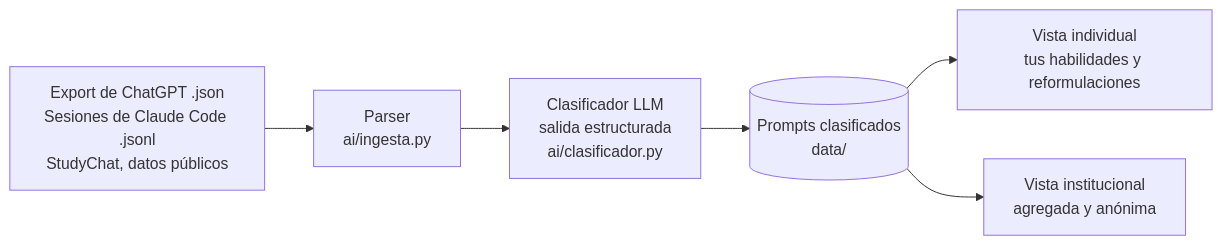
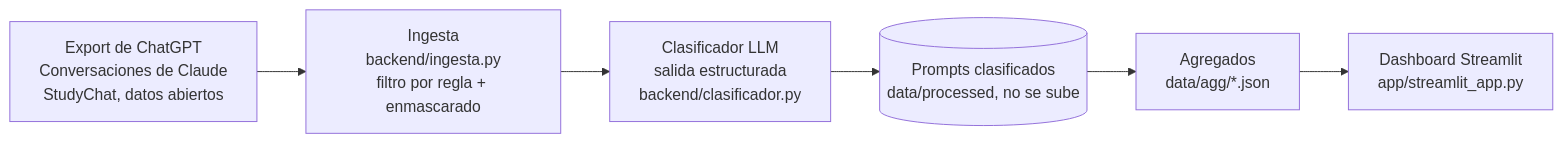
Before and after one commit to brisacruz22/tanIA: the diagram in README.md, drawn with Mermaid. The commit also changed other lines of this file and 10 other files, not shown here.

````diff
--- a/README.md
+++ b/README.md
@@ -89,8 +98,8 @@
 ```mermaid
 flowchart LR
-    A[Export de ChatGPT .json<br/>Sesiones de Claude Code .jsonl<br/>StudyChat, datos públicos] --> B[Parser<br/>ai/ingesta.py]
-    B --> C[Clasificador LLM<br/>salida estructurada<br/>ai/clasificador.py]
-    C --> D[(Prompts clasificados<br/>data/)]
-    D --> E[Vista individual<br/>tus habilidades y reformulaciones]
-    D --> F[Vista institucional<br/>agregada y anónima]
+    A[Export de ChatGPT<br/>Conversaciones de Claude<br/>StudyChat, datos abiertos] --> B[Ingesta<br/>backend/ingesta.py<br/>filtro por regla + enmascarado]
+    B --> C[Clasificador LLM<br/>salida estructurada<br/>backend/clasificador.py]
+    C --> D[(Prompts clasificados<br/>data/processed, no se sube)]
+    D --> E[Agregados<br/>data/agg/*.json]
+    E --> F[Dashboard Streamlit<br/>app/streamlit_app.py]
 ```
````
